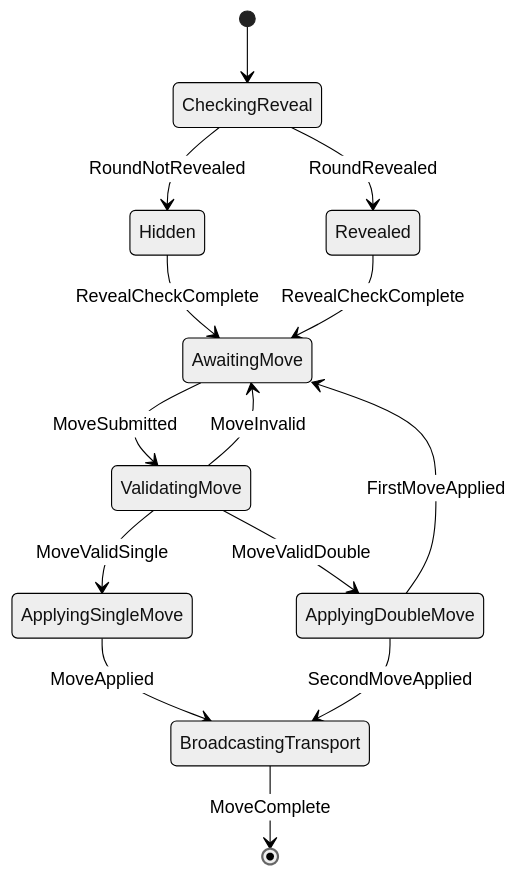
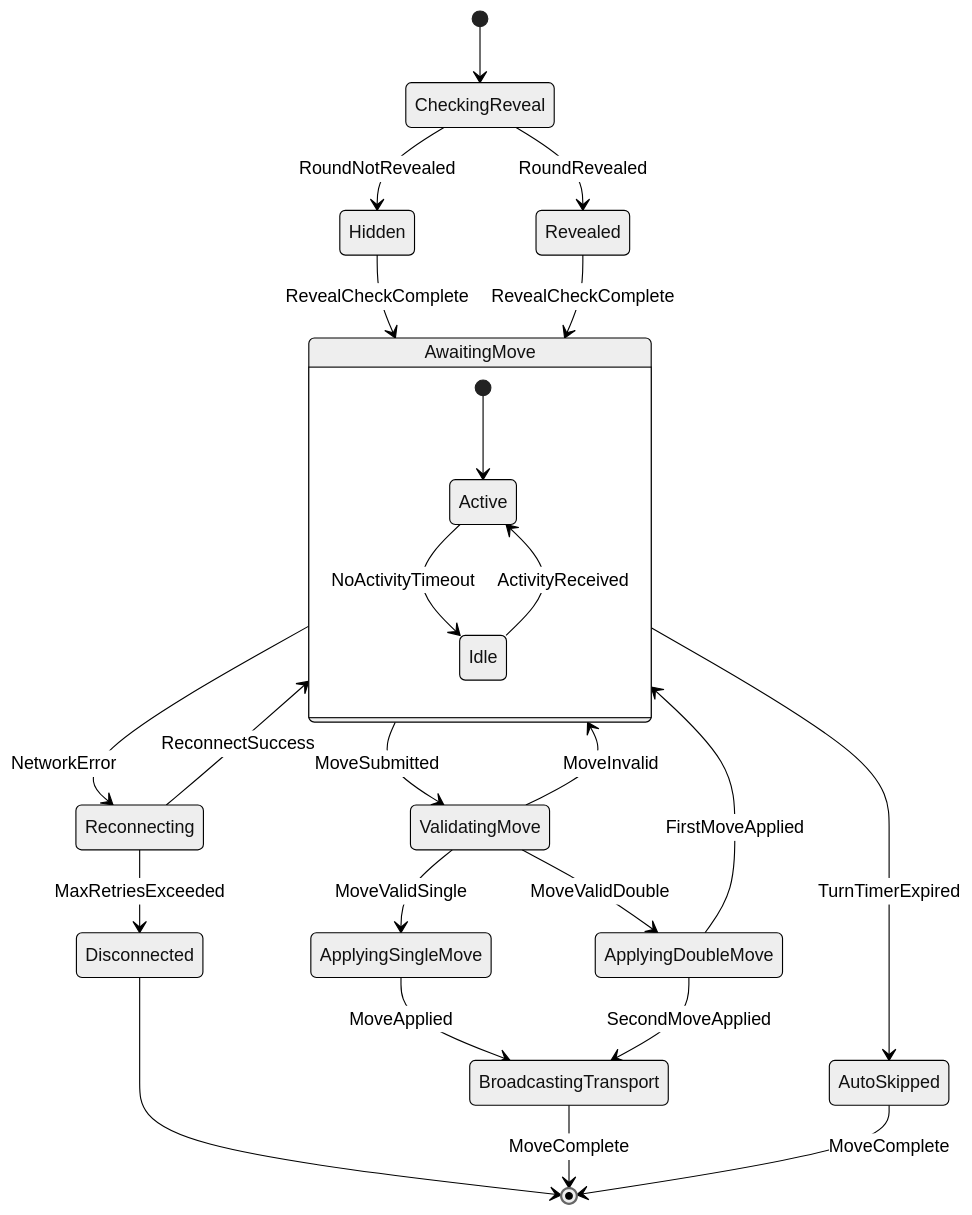
The second of 3 diagrams in documentation/plans/states-diagrams.md (Ming-Bao/Scotland-Yard), drawn with Mermaid (neutral theme) before and after one commit. The commit also changed other lines of this file, not shown here.

Commit message:
added errors to state diagrams

````diff
--- a/documentation/plans/states-diagrams.md
+++ b/documentation/plans/states-diagrams.md
@@ -23,18 +38,32 @@
 ```mermaid
-stateDiagram
+stateDiagram-v2
     direction TB
 
     [*] --> CheckingReveal
     CheckingReveal --> Hidden : RoundNotRevealed
     CheckingReveal --> Revealed : RoundRevealed
     Hidden --> AwaitingMove : RevealCheckComplete
     Revealed --> AwaitingMove : RevealCheckComplete
+
+    state AwaitingMove {
+        [*] --> Active
+        Active --> Idle : NoActivityTimeout
+        Idle --> Active : ActivityReceived
+    }
+
     AwaitingMove --> ValidatingMove : MoveSubmitted
+    AwaitingMove --> AutoSkipped : TurnTimerExpired
+    AwaitingMove --> Reconnecting : NetworkError
+    Reconnecting --> AwaitingMove : ReconnectSuccess
+    Reconnecting --> Disconnected : MaxRetriesExceeded
+    Disconnected --> [*]
+
     ValidatingMove --> AwaitingMove : MoveInvalid
     ValidatingMove --> ApplyingSingleMove : MoveValidSingle
     ValidatingMove --> ApplyingDoubleMove : MoveValidDouble
     ApplyingSingleMove --> BroadcastingTransport : MoveApplied
     ApplyingDoubleMove --> AwaitingMove : FirstMoveApplied
     ApplyingDoubleMove --> BroadcastingTransport : SecondMoveApplied
     BroadcastingTransport --> [*] : MoveComplete
+    AutoSkipped --> [*] : MoveComplete
 ```
````
